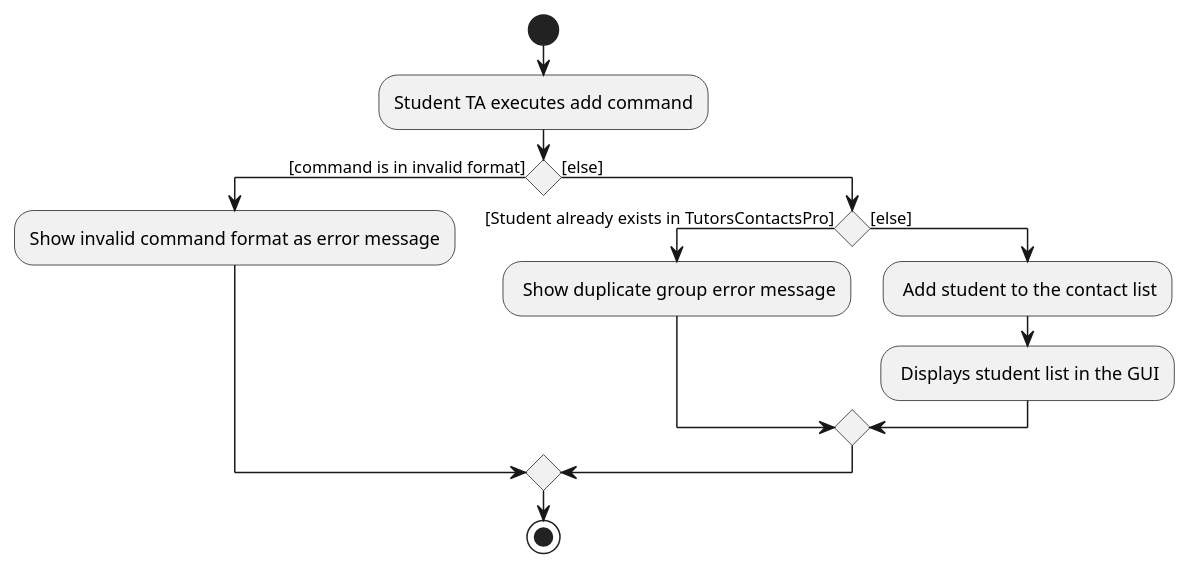
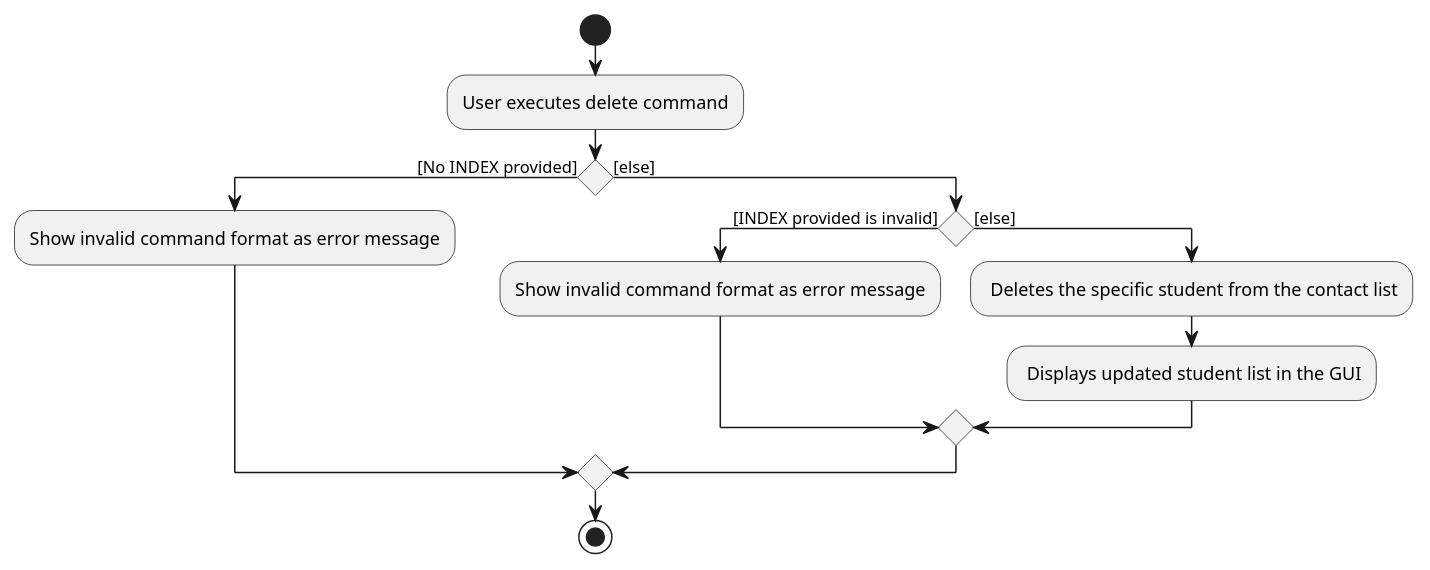
Before and after one commit to STELLA-LYE/tp: the diagram in diagrams/DeleteActivityDiagram.puml, drawn with PlantUML. The commit also changed 73 other files, not shown here.

```diff
--- a/diagrams/DeleteActivityDiagram.puml
+++ b/diagrams/DeleteActivityDiagram.puml
@@ -1,18 +1,18 @@
 @startuml
 start
-:Student TA executes add command;
+:User executes delete command;
 
-if () then ([command is in invalid format])
+if () then ([No INDEX provided])
     :Show invalid command format as error message;
 
 else ([else])
-    if () then ([Student already exists in TutorsContactsPro])
-    : Show duplicate group error message;
+    if () then ([INDEX provided is invalid])
+    :Show invalid command format as error message;
     else([else])
-    : Add student to the contact list;
-    : Displays student list in the GUI;
+    : Deletes the specific student from the contact list;
+    : Displays updated student list in the GUI;
     endif
 
 endif
 stop
 @enduml
```
